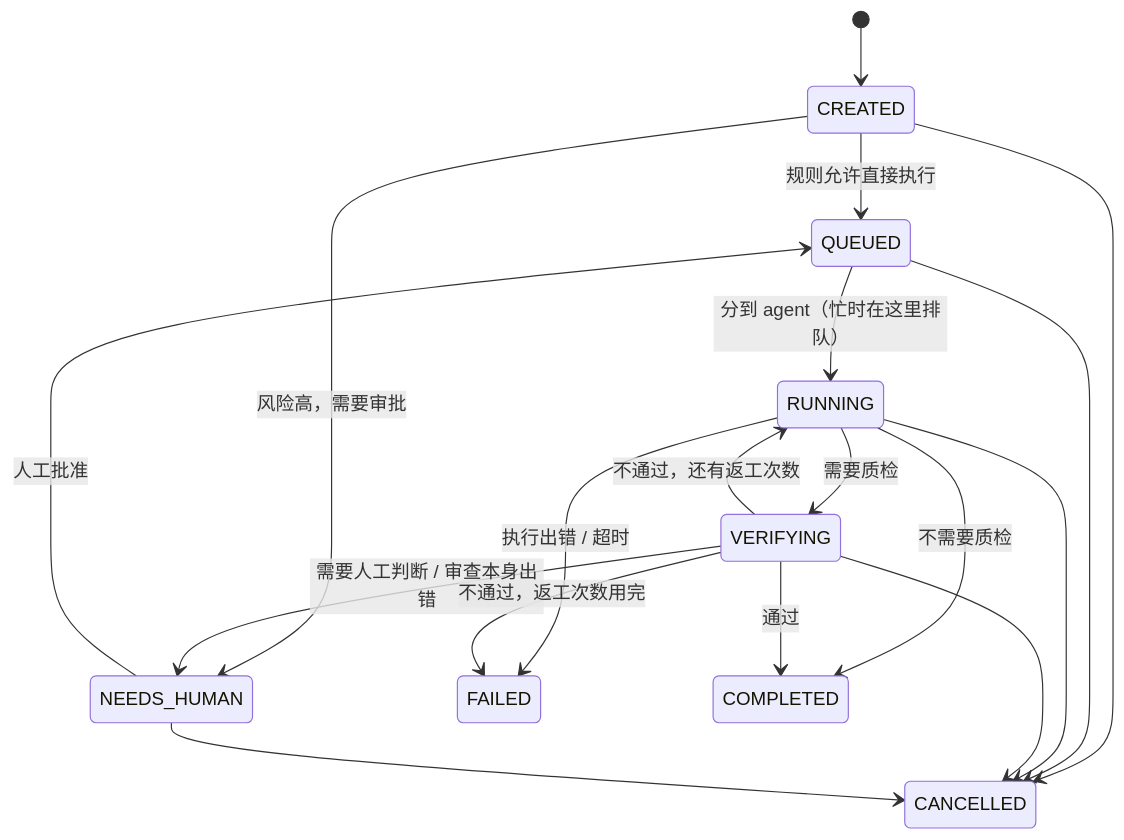
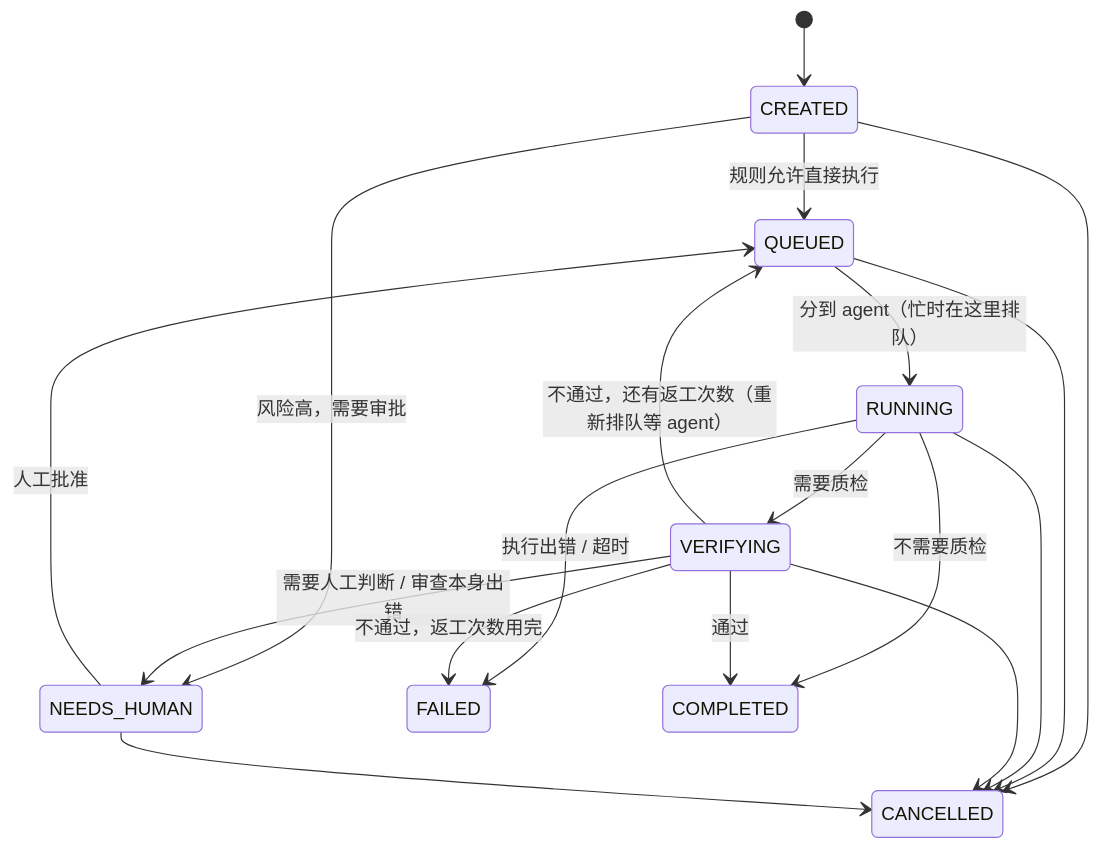
One commit to Grant-Huang/multi-agent-conv-mvp changed the third of 8 diagrams in docs/DESIGN.md. Above: the diagram before and after it, drawn with Mermaid. The commit also changed other lines of this file and 3 other files, not shown here.

````diff
--- a/docs/DESIGN.md
+++ b/docs/DESIGN.md
@@ -281,20 +281,20 @@
 ```mermaid
 stateDiagram-v2
     [*] --> CREATED
     CREATED --> QUEUED: 规则允许直接执行
     CREATED --> NEEDS_HUMAN: 风险高，需要审批
     NEEDS_HUMAN --> QUEUED: 人工批准
     QUEUED --> RUNNING: 分到 agent（忙时在这里排队）
     RUNNING --> FAILED: 执行出错 / 超时
     RUNNING --> COMPLETED: 不需要质检
     RUNNING --> VERIFYING: 需要质检
     VERIFYING --> COMPLETED: 通过
     VERIFYING --> NEEDS_HUMAN: 需要人工判断 / 审查本身出错
-    VERIFYING --> RUNNING: 不通过，还有返工次数
+    VERIFYING --> QUEUED: 不通过，还有返工次数（重新排队等 agent）
     VERIFYING --> FAILED: 不通过，返工次数用完
     CREATED --> CANCELLED
     QUEUED --> CANCELLED
     RUNNING --> CANCELLED
     VERIFYING --> CANCELLED
     NEEDS_HUMAN --> CANCELLED
 ```
````
